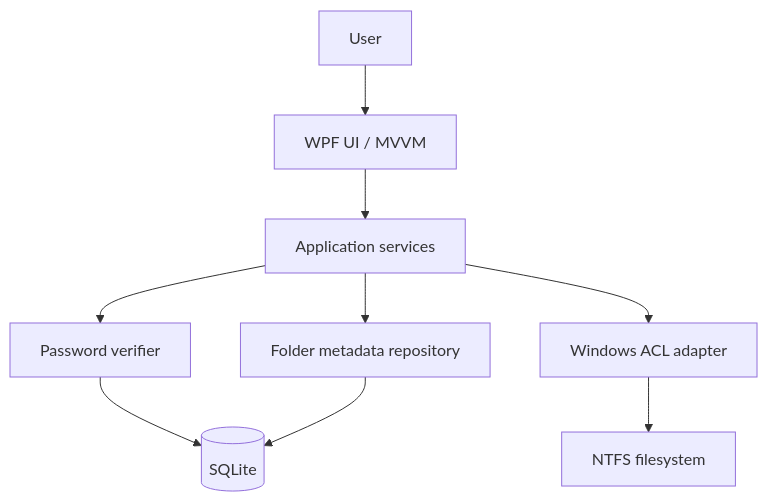
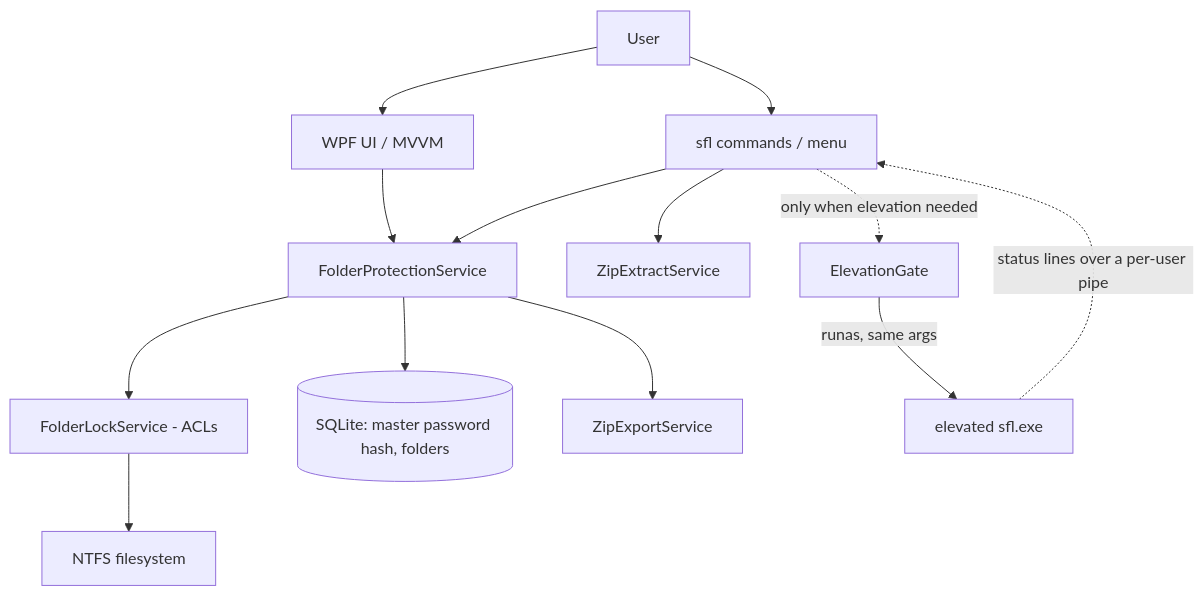
The diagram in docs/ARCHITECTURE.md (ChamathDilshanC/SecureFolderLocker), drawn with Mermaid before and after one commit. The commit also changed other lines of this file and 94 other files, not shown here.

````diff
--- a/docs/ARCHITECTURE.md
+++ b/docs/ARCHITECTURE.md
@@ -33,11 +49,15 @@
 ```mermaid
 flowchart TD
-  User --> Shell[WPF UI / MVVM]
-  Shell --> App[Application services]
-  App --> Auth[Password verifier]
-  App --> Repo[Folder metadata repository]
-  App --> Acl[Windows ACL adapter]
-  Auth --> DB[(SQLite)]
-  Repo --> DB
+  User --> GUI[WPF UI / MVVM]
+  User --> CLI[sfl commands / menu]
+  GUI --> Svc[FolderProtectionService]
+  CLI --> Svc
+  Svc --> Acl[FolderLockService - ACLs]
+  Svc --> DB[(SQLite: master password hash, folders)]
+  Svc --> Zip[ZipExportService]
+  CLI --> Extract[ZipExtractService]
   Acl --> FS[NTFS filesystem]
+  CLI -.->|only when elevation needed| Gate[ElevationGate]
+  Gate -->|runas, same args| Child[elevated sfl.exe]
+  Child -.->|status lines over a per-user pipe| CLI
 ```
````
